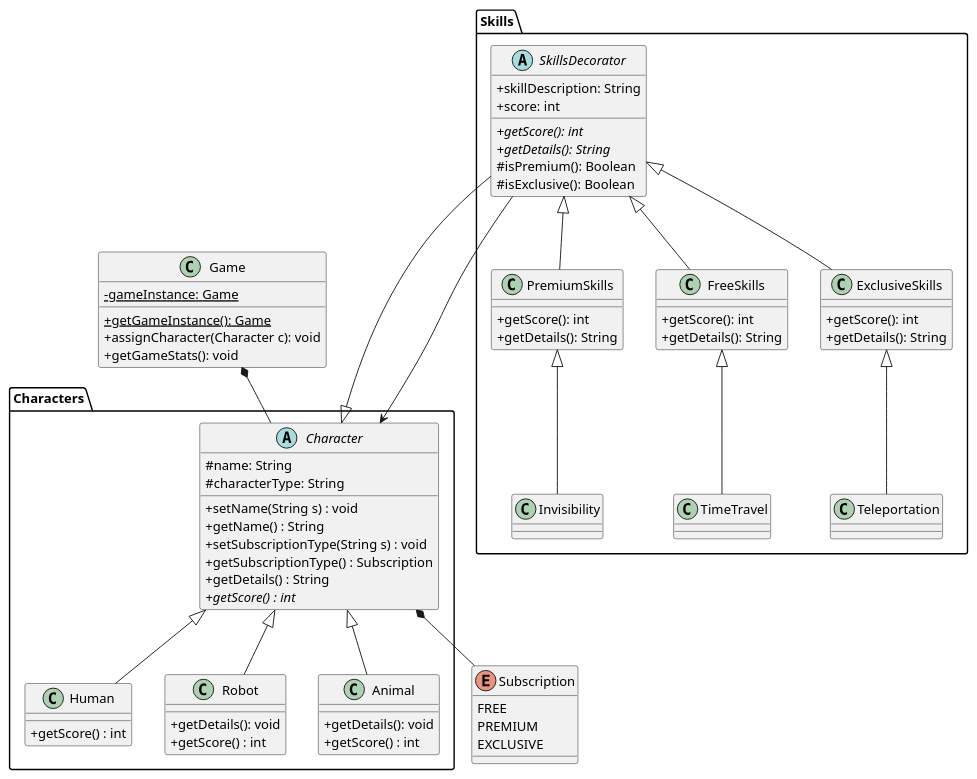
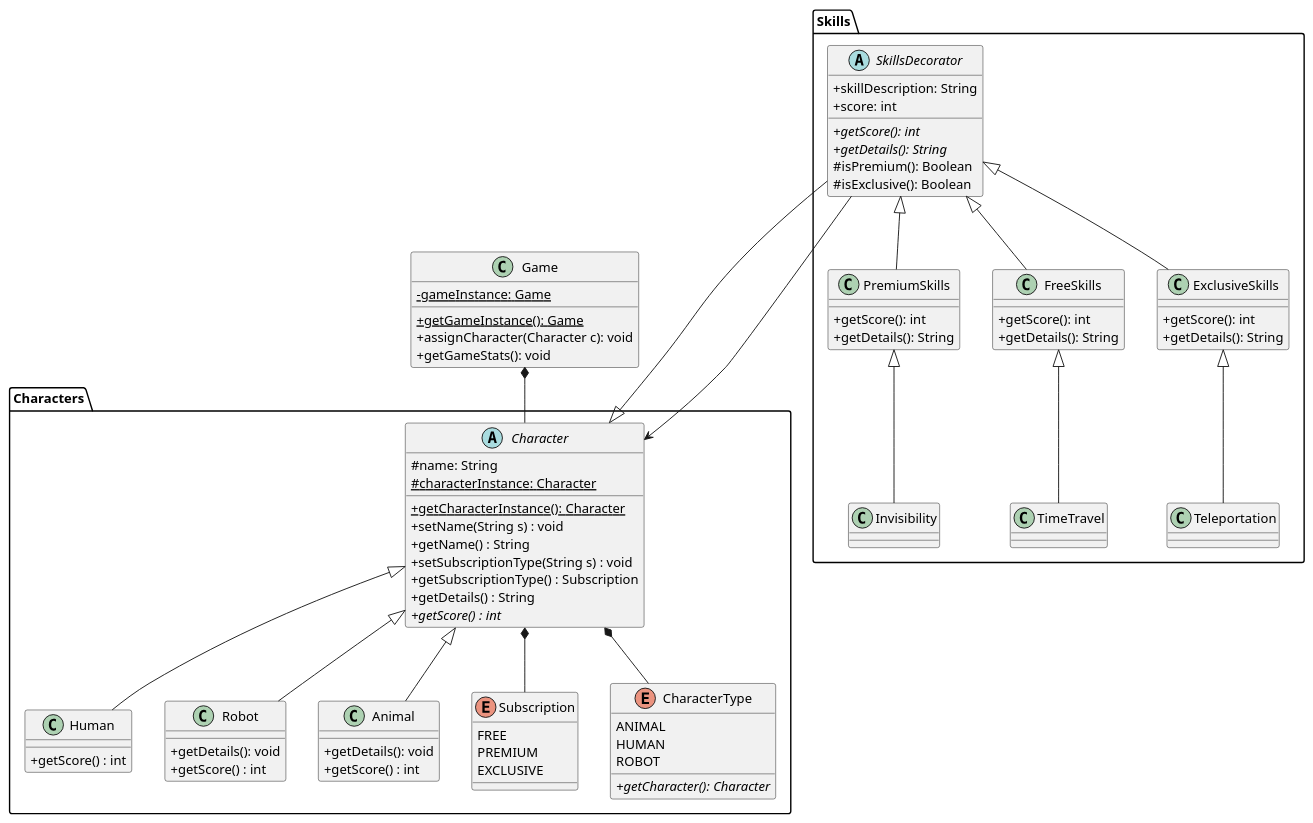
The diagram in Patterns/src/Decorator/ClassDiagram.puml (StephCol/DesignPatterns), drawn with PlantUML before and after one commit. The commit also changed 7 other files, not shown here.

Commit message:
Version 4 - Singleton implemented on Character class, enum introduced for CharacterType

```diff
--- a/Patterns/src/Decorator/ClassDiagram.puml
+++ b/Patterns/src/Decorator/ClassDiagram.puml
@@ -1,92 +1,100 @@
 @startuml
 skinParam classAttributeIconSize 0
 
 class Game{
 {static} -gameInstance: Game
 {static} +getGameInstance(): Game
 +assignCharacter(Character c): void
 +getGameStats(): void
 
 }
 
 Game *-- Characters.Character
 
 abstract class Characters.Character{
     #name: String
-    #characterType: String
+    {static} #characterInstance: Character
 
+    {static} +getCharacterInstance(): Character
     +setName(String s) : void
     +getName() : String
     +setSubscriptionType(String s) : void
     +getSubscriptionType() : Subscription
     +getDetails() : String
     {abstract} +getScore() : int
 }
 
 
 abstract class Skills.SkillsDecorator{
     +skillDescription: String
     +score: int
 
     +{abstract} getScore(): int
     +{abstract} getDetails(): String
     #isPremium(): Boolean
     #isExclusive(): Boolean
 }
 
 class Skills.PremiumSkills{
     + getScore(): int
     +getDetails(): String
 }
 
 class Skills.FreeSkills{
     + getScore(): int
     +getDetails(): String
 }
 
 class Skills.ExclusiveSkills{
     + getScore(): int
     +getDetails(): String
 }
 
 Characters.Character <|-- Skills.SkillsDecorator
 Skills.SkillsDecorator ---> Characters.Character
 
 class Characters.Human{
     + getScore() : int
 }
 
 class Characters.Robot{
     + getDetails(): void
     + getScore() : int
 }
 
 class Characters.Animal{
     + getDetails(): void
     + getScore() : int
 }
 
-enum Subscription{
+enum Characters.Subscription{
 FREE
 PREMIUM
 EXCLUSIVE
 }
+enum Characters.CharacterType{
+ANIMAL
+HUMAN
+ROBOT
+{abstract} +getCharacter(): Character
+}
 
-Characters.Character *-- Subscription
+Characters.Character *-- Characters.Subscription
+Characters.Character *-- Characters.CharacterType
 
 
 Characters.Character <|-- Characters.Human
 Characters.Character <|-- Characters.Robot
 Characters.Character <|-- Characters.Animal
 
 Skills.SkillsDecorator <|-- Skills.PremiumSkills
 Skills.SkillsDecorator <|-- Skills.ExclusiveSkills
 Skills.SkillsDecorator <|-- Skills.FreeSkills
 
 Skills.ExclusiveSkills <|-- Skills.Teleportation
 Skills.FreeSkills <|-- Skills.TimeTravel
 Skills.PremiumSkills <|-- Skills.Invisibility
 
 
 
 @enduml
```
